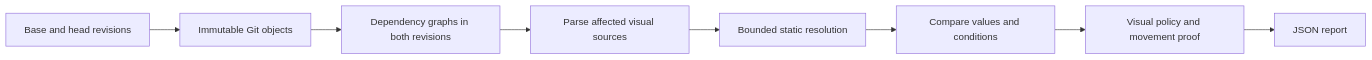
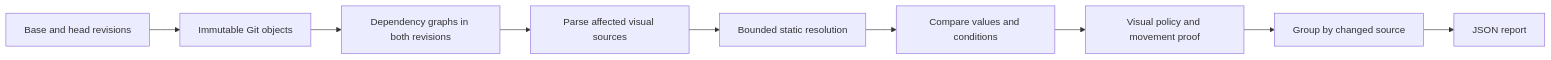
One commit to simstudioai/sim changed the diagram in scripts/design-diff/README.md. Above: the diagram before and after it, drawn with Mermaid. The commit also changed other lines of this file and 19 other files, not shown here.

Commit message:
feat(design-diff): group binary findings by changed source

````diff
--- a/scripts/design-diff/README.md
+++ b/scripts/design-diff/README.md
@@ -31,10 +69,11 @@
 ```mermaid
 flowchart LR
   Revisions[Base and head revisions] --> Git[Immutable Git objects]
   Git --> Graph[Dependency graphs in both revisions]
   Graph --> Extract[Parse affected visual sources]
   Extract --> Resolve[Bounded static resolution]
   Resolve --> Compare[Compare values and conditions]
   Compare --> Policy[Visual policy and movement proof]
-  Policy --> JSON[JSON report]
+  Policy --> Group[Group by changed source]
+  Group --> JSON[JSON report]
 ```
````
